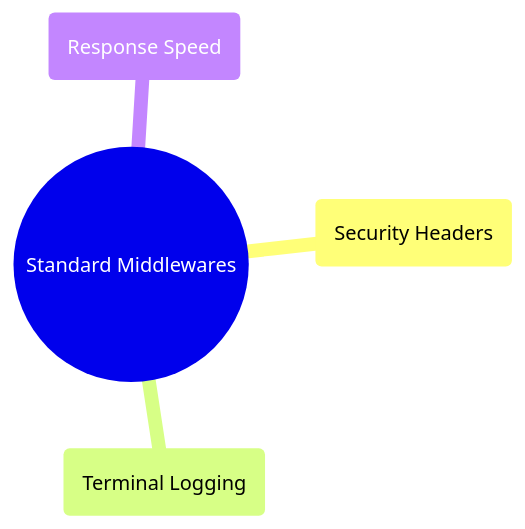
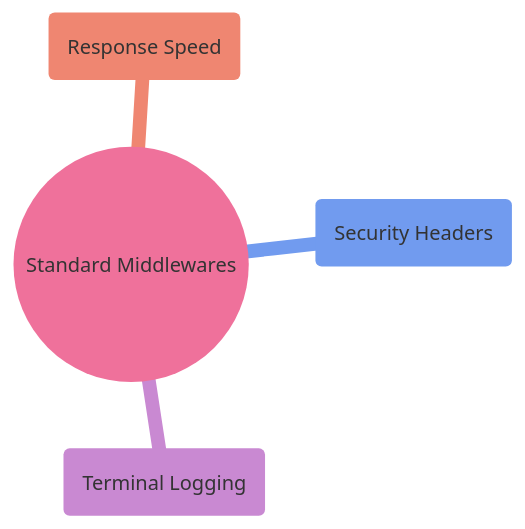
The third of 3 diagrams in README.md (alvianzf/introduction-to-nest), drawn with Mermaid before and after one commit. The commit also changed other lines of this file and 2 other files, not shown here.

Commit message:
Enhance documentation visuals: Brighten Mermaid diagrams for better visibility

````diff
--- a/README.md
+++ b/README.md
@@ -151,7 +152,8 @@
 ```mermaid
+%%{init: {'theme': 'base', 'themeVariables': { 'primaryColor': '#fce4ec', 'edgeColor': '#880e4f', 'tertiaryColor': '#f3e5f5'}}}%%
 mindmap
     root((Standard Middlewares))
         Helmet(Security Headers)
         Morgan(Terminal Logging)
         Compression(Response Speed)
 ```
````
